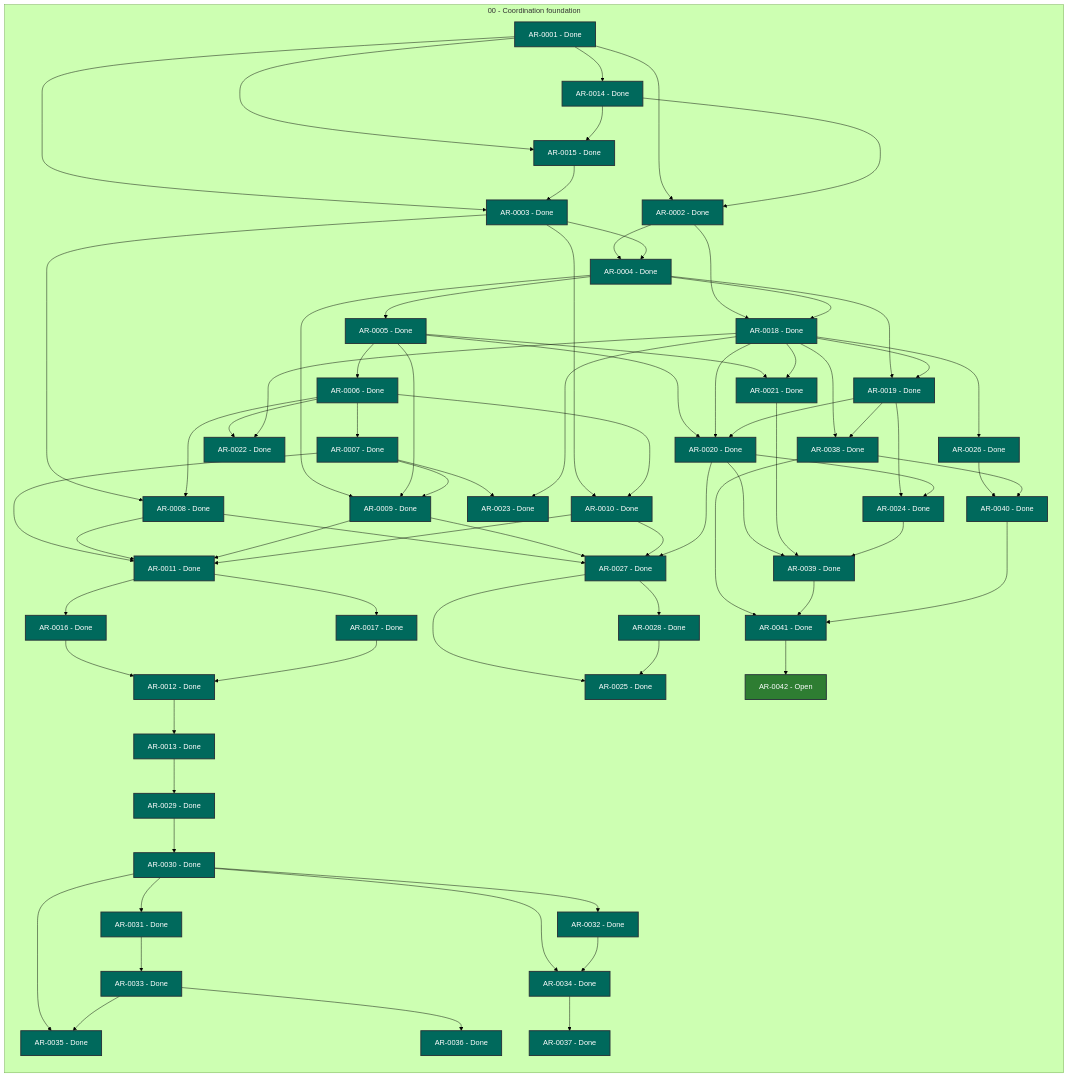
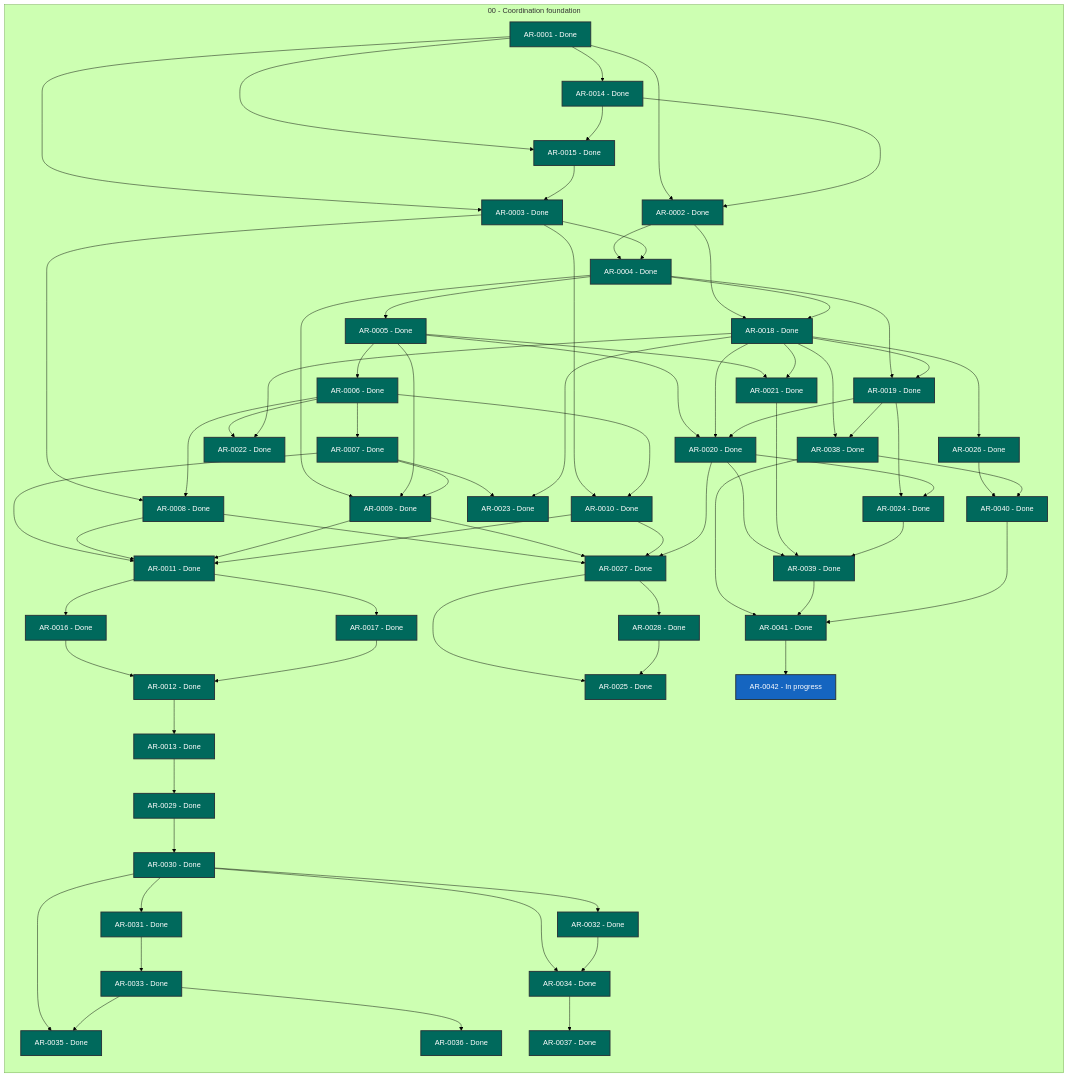
Before and after one commit to martin-beck/agent-workflow-tui-state: the diagram in STATUS.md, drawn with Mermaid (forest theme). The commit also changed other lines of this file and 2 other files, not shown here.

```diff
--- a/STATUS.md
+++ b/STATUS.md
@@ -69,7 +69,7 @@
         AR_0039["AR-0039 - Done"]:::status_done
         AR_0040["AR-0040 - Done"]:::status_done
         AR_0041["AR-0041 - Done"]:::status_done
-        AR_0042["AR-0042 - Open"]:::status_open
+        AR_0042["AR-0042 - In progress"]:::status_in_progress
     end
     AR_0001 --> AR_0002
     AR_0001 --> AR_0003
```
